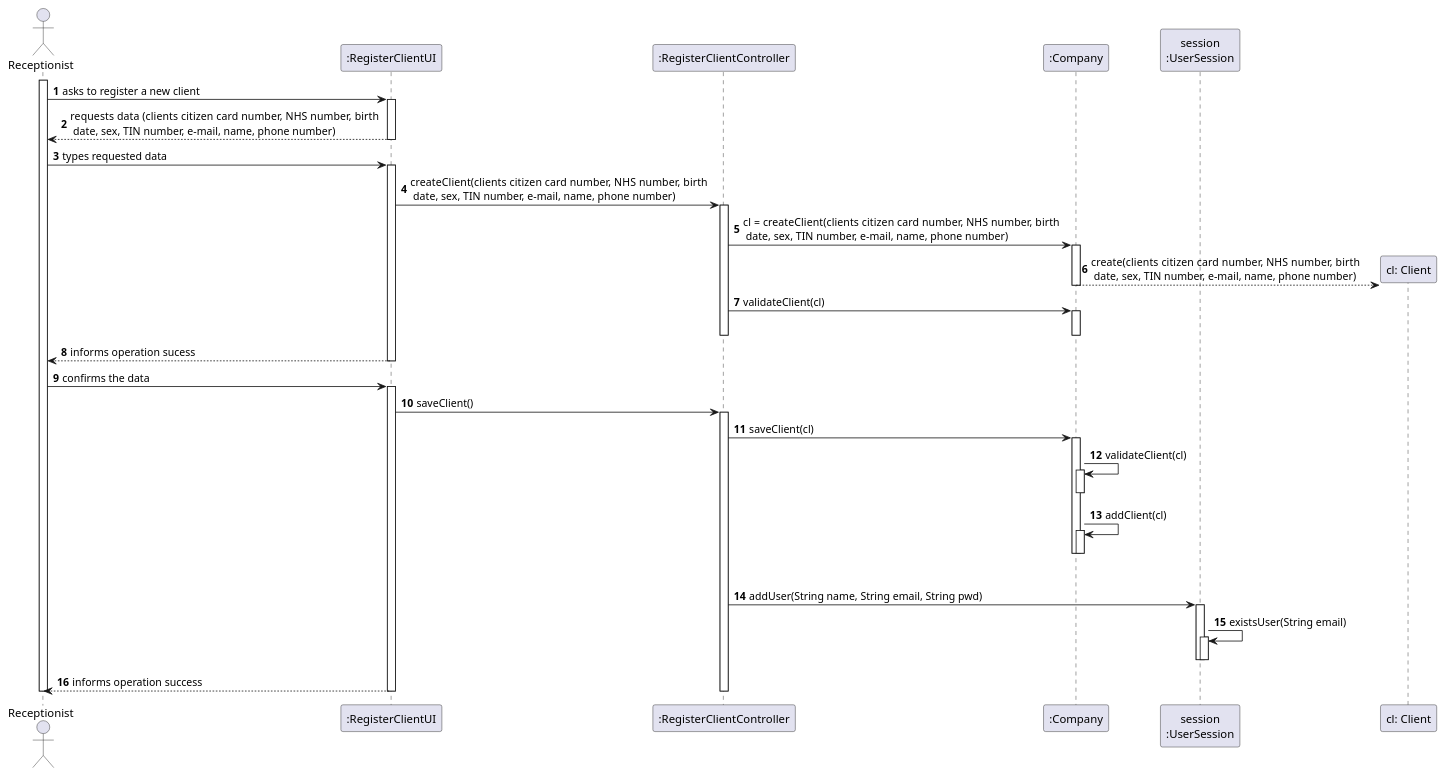
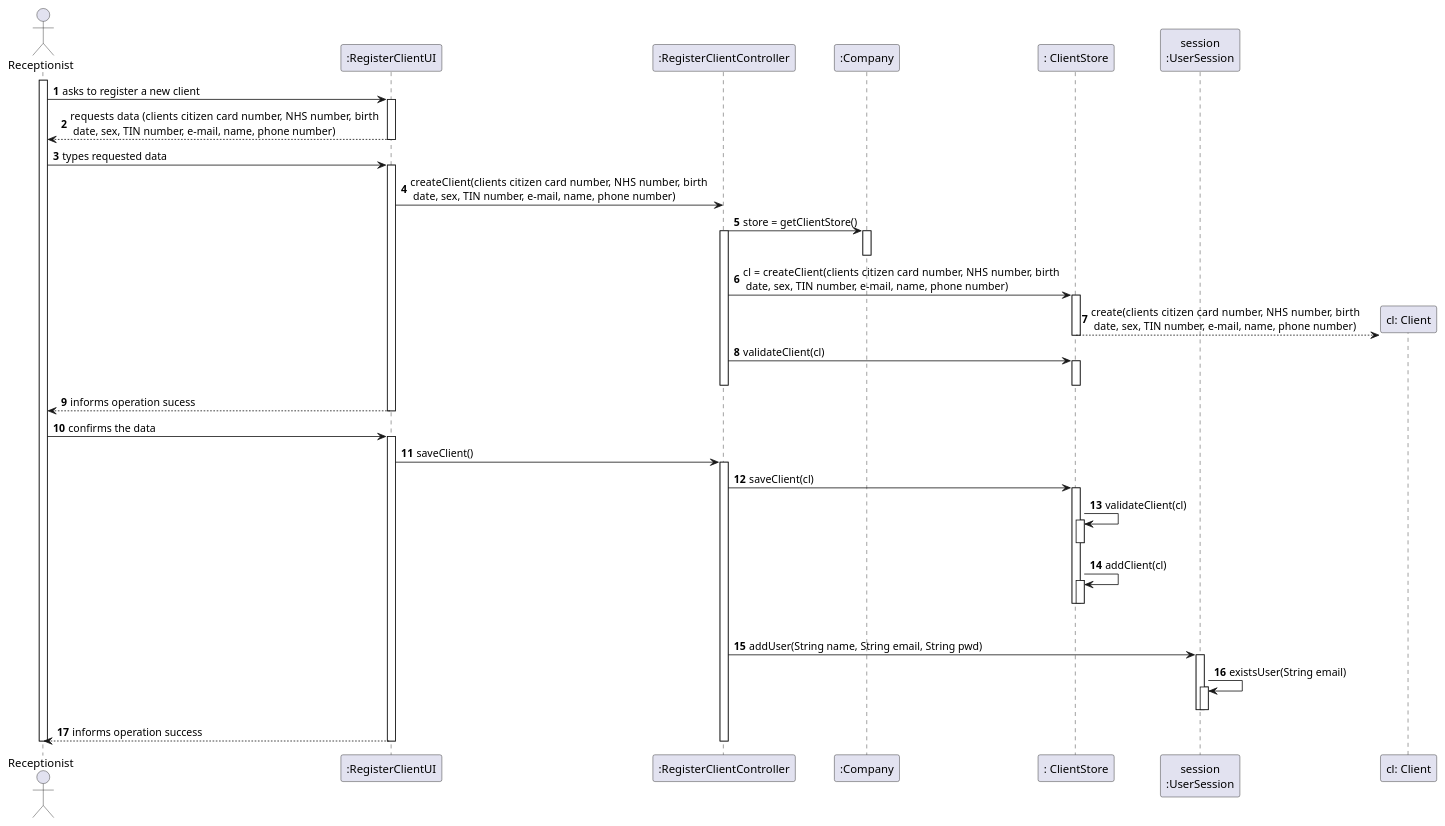
One commit to ana-albergaria/LAPR2-ISEP changed the diagram in docs/SprintB/US_3/US3_SD.puml. Above: the diagram before and after it, drawn with PlantUML. The commit also changed 5 other files, not shown here.

```diff
--- a/docs/SprintB/US_3/US3_SD.puml
+++ b/docs/SprintB/US_3/US3_SD.puml
@@ -1,86 +1,90 @@
 @startuml
 autonumber
 'hide footbox
 actor "Receptionist" as RC
 
 participant ":RegisterClientUI" as UI
 participant ":RegisterClientController" as CTRL
 participant ":Company" as CP
+participant ": ClientStore" as CS
 participant "session\n:UserSession" as SESSAO
 participant "cl: Client" as CL
 
 
 activate RC
 RC -> UI : asks to register a new client
 activate UI
 UI --> RC : requests data (clients citizen card number, NHS number,  birth \n date, sex, TIN number, e-mail, name, phone number)
 deactivate UI
 
 RC -> UI : types requested data
 activate UI
 
 UI -> CTRL : createClient(clients citizen card number, NHS number,  birth \n date, sex, TIN number, e-mail, name, phone number)
+
+CTRL -> CP : store = getClientStore()
+activate CP
+deactivate CP
 activate CTRL
+CTRL -> CS : cl = createClient(clients citizen card number, NHS number,  birth \n date, sex, TIN number, e-mail, name, phone number)
+activate CS
+CS -->  CL** : create(clients citizen card number, NHS number,  birth \n date, sex, TIN number, e-mail, name, phone number)
+deactivate CS
 
-CTRL -> CP : cl = createClient(clients citizen card number, NHS number,  birth \n date, sex, TIN number, e-mail, name, phone number)
-activate CP
-CP -->  CL** : create(clients citizen card number, NHS number,  birth \n date, sex, TIN number, e-mail, name, phone number)
-deactivate CP
+CTRL -> CS : validateClient(cl)
+activate CS
 
-CTRL -> CP : validateClient(cl)
-activate CP
-
-deactivate CP
+deactivate CS
 deactivate CTRL
 
 UI --> RC : informs operation sucess
-deactivate CP
+deactivate CS
 deactivate UI
 
 RC -> UI : confirms the data
 activate UI
 
 UI -> CTRL : saveClient()
 activate CTRL
 
-CTRL -> CP : saveClient(cl)
-activate CP
-CP -> CP : validateClient(cl)
-activate CP
-deactivate CP
-CP -> CP : addClient(cl)
-activate CP
-deactivate CP
+CTRL -> CS : saveClient(cl)
+activate CS
+CS -> CS : validateClient(cl)
+activate CS
+deactivate CS
+CS -> CS : addClient(cl)
+activate CS
+deactivate CS
 |||
-deactivate CP
+deactivate CS
 
 CTRL -> SESSAO : addUser(String name, String email, String pwd)
 activate SESSAO
 SESSAO -> SESSAO : existsUser(String email)
 activate SESSAO
 deactivate SESSAO
 deactivate SESSAO
 
 
 
 
 
 
 
 
 
 
 UI --> RC: informs operation success
 
 deactivate CP
 deactivate CTRL
 deactivate UI
 
 
 
 deactivate CTRL
 deactivate UI
 
 deactivate RC
 
 @enduml
```
